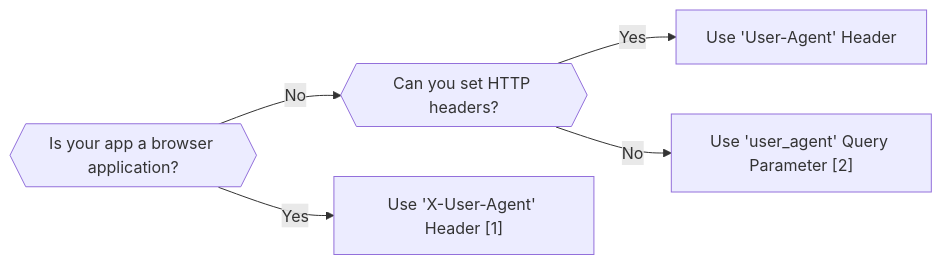
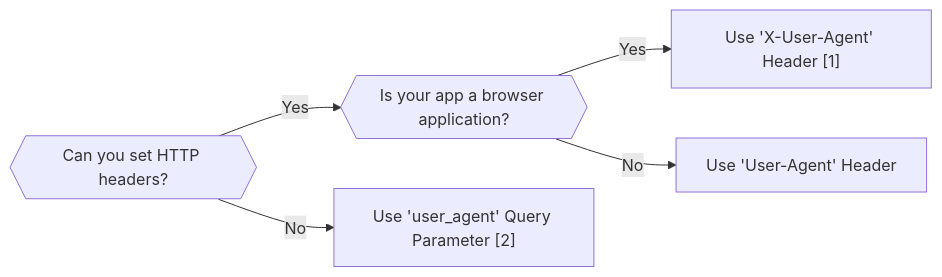
One commit to esi/esi-docs changed the diagram in docs/services/esi/index.md. Above: the diagram before and after it, drawn with Mermaid.

Commit message:
Updated User Agent flowchart to cover all answer combinations (#152)

````diff
--- a/docs/services/esi/index.md
+++ b/docs/services/esi/index.md
@@ -19,12 +19,12 @@
 ``` mermaid
 flowchart LR
-    Q1{{Is your app a browser application?}}
-    Q2{{Can you set HTTP headers?}}
+    Q1{{Can you set HTTP headers?}}
+    Q2{{Is your app a browser application?}}
     A1[Use 'User-Agent' Header]
     A2["Use 'X-User-Agent' Header [1]"]
     A3["Use 'user_agent' Query Parameter [2]"]
-    Q1 -->|Yes| A2
-    Q1 -->|No| Q2
-    Q2 -->|Yes| A1
-    Q2 -->|No| A3
+    Q1 -->|Yes| Q2
+    Q1 -->|No| A3
+    Q2 -->|Yes| A2
+    Q2 -->|No| A1
 ```
````
